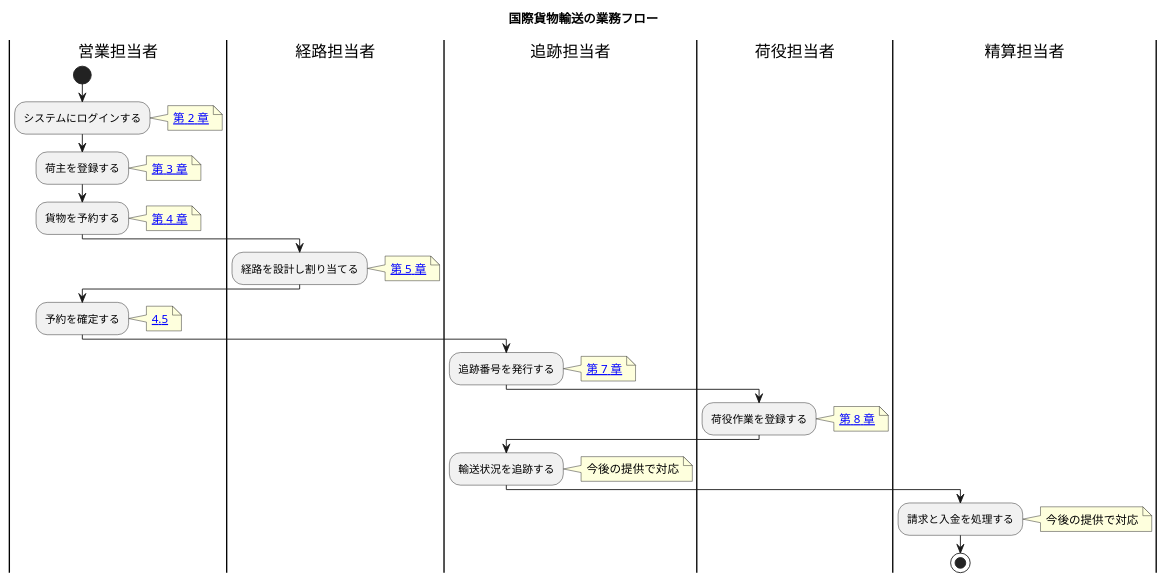
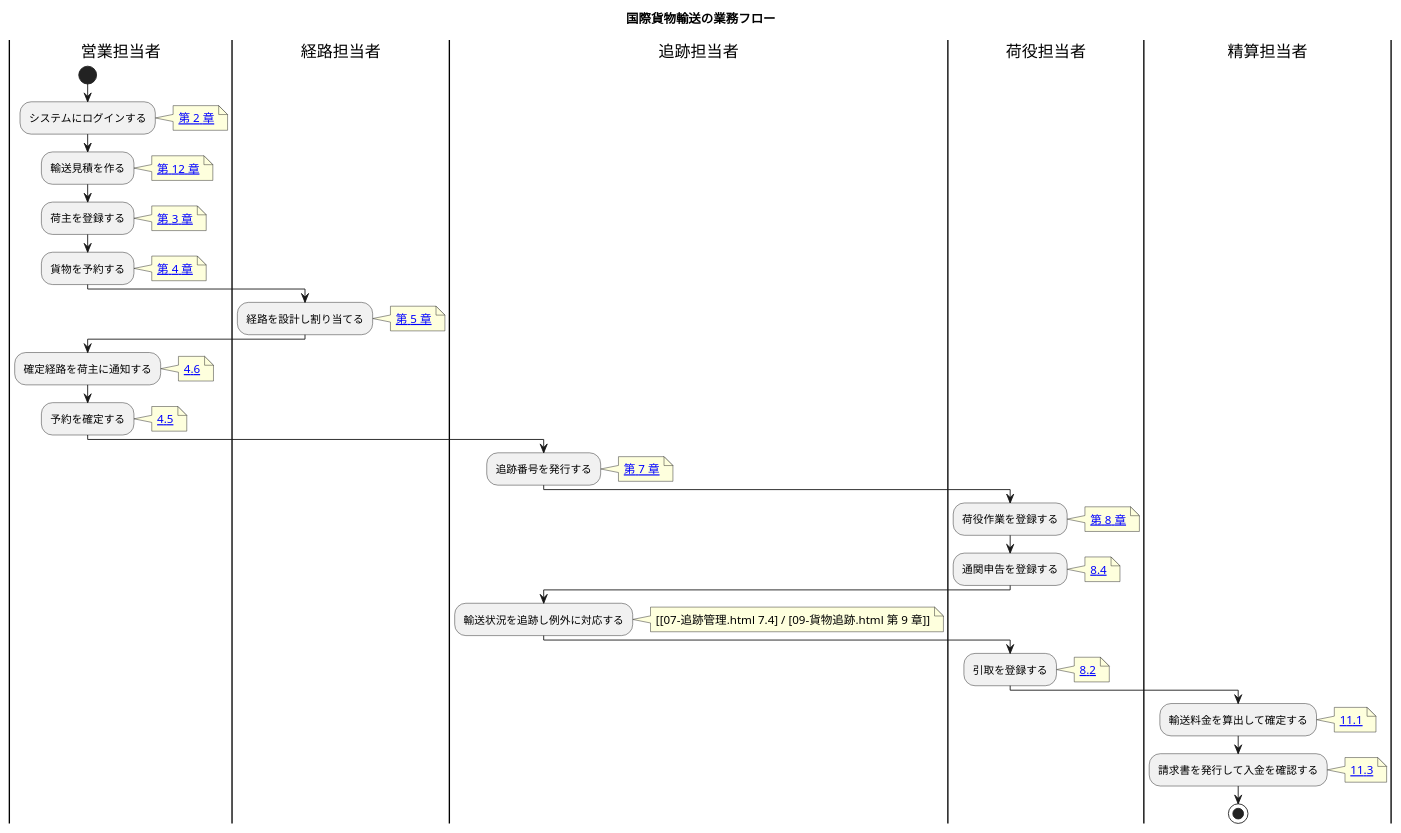
One commit to k2works/case-study-cargo-tracker changed the diagram in docs/manual/01-業務フロー.md. Above: the diagram before and after it, drawn with PlantUML. The commit also changed other lines of this file and 495 other files, not shown here.

````diff
--- a/docs/manual/01-業務フロー.md
+++ b/docs/manual/01-業務フロー.md
@@ -7,39 +9,51 @@
 ```plantuml
 @startuml
 title 国際貨物輸送の業務フロー
 
 |営業担当者|
 start
 :システムにログインする;
 note right: [[02-ログイン.html 第 2 章]]
+:輸送見積を作る;
+note right: [[12-見積管理.html 第 12 章]]
 :荷主を登録する;
 note right: [[03-荷主管理.html 第 3 章]]
 :貨物を予約する;
 note right: [[04-貨物予約.html 第 4 章]]
 
 |経路担当者|
 :経路を設計し割り当てる;
 note right: [[05-航路管理.html 第 5 章]]
 
 |営業担当者|
+:確定経路を荷主に通知する;
+note right: [[04-貨物予約.html 4.6]]
 :予約を確定する;
 note right: [[04-貨物予約.html 4.5]]
 
 |追跡担当者|
 :追跡番号を発行する;
 note right: [[07-追跡管理.html 第 7 章]]
 
 |荷役担当者|
 :荷役作業を登録する;
 note right: [[08-荷役管理.html 第 8 章]]
+:通関申告を登録する;
+note right: [[08-荷役管理.html 8.4]]
 
 |追跡担当者|
-:輸送状況を追跡する;
-note right: 今後の提供で対応
+:輸送状況を追跡し例外に対応する;
+note right: [[07-追跡管理.html 7.4] / [09-貨物追跡.html 第 9 章]]
+
+|荷役担当者|
+:引取を登録する;
+note right: [[08-荷役管理.html 8.2]]
 
 |精算担当者|
-:請求と入金を処理する;
-note right: 今後の提供で対応
+:輸送料金を算出して確定する;
+note right: [[11-請求管理.html 11.1]]
+:請求書を発行して入金を確認する;
+note right: [[11-請求管理.html 11.3]]
 stop
 @enduml
 ```
````
